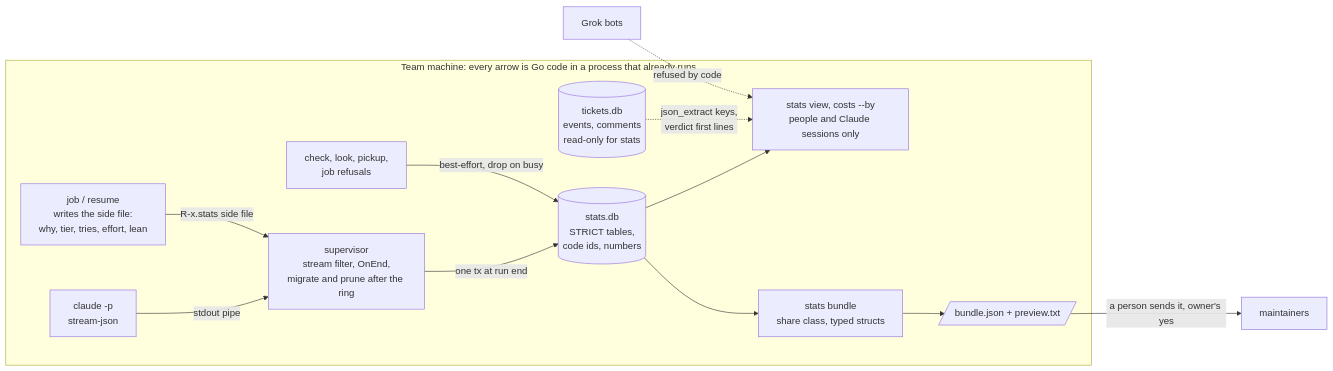
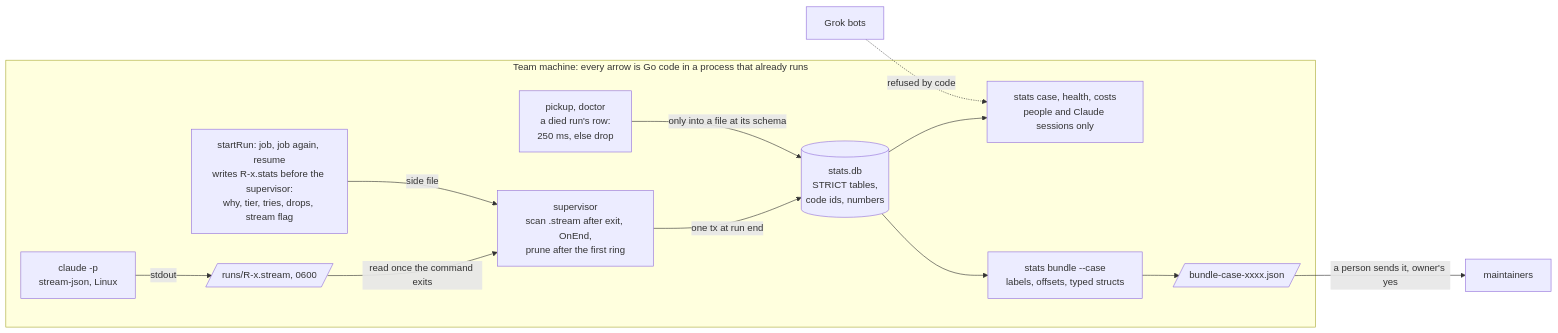
Before and after one commit to ProlesDei/maestro: the first of 11 diagrams in docs/design/data-collection.md, drawn with Mermaid. The commit also changed other lines of this file and 3 other files, not shown here.

````diff
--- a/docs/design/data-collection.md
+++ b/docs/design/data-collection.md
@@ -14,21 +14,21 @@
 ```mermaid
 flowchart LR
   subgraph box["Team machine: every arrow is Go code in a process that already runs"]
-    JOB["job / resume<br/>writes the side file:<br/>why, tier, tries, effort, lean"]
-    SUP["supervisor<br/>stream filter, OnEnd,<br/>migrate and prune after the ring"]
-    CC["claude -p<br/>stream-json"]
-    CMD["check, look, pickup,<br/>job refusals"]
-    TDB[("tickets.db<br/>events, comments<br/>read-only for stats")]
+    JOB["startRun: job, job again, resume<br/>writes R-x.stats before the supervisor:<br/>why, tier, tries, drops, stream flag"]
+    CC["claude -p<br/>stream-json, Linux"]
+    STREAM[/"runs/R-x.stream, 0600"/]
+    SUP["supervisor<br/>scan .stream after exit, OnEnd,<br/>prune after the first ring"]
+    ORPH["pickup, doctor<br/>a died run's row:<br/>250 ms, else drop"]
     SDB[("stats.db<br/>STRICT tables,<br/>code ids, numbers")]
-    CC -- "stdout pipe" --> SUP
-    JOB -- "R-x.stats side file" --> SUP
+    CC -- "stdout" --> STREAM
+    STREAM -- "read once the command exits" --> SUP
+    JOB -- "side file" --> SUP
     SUP -- "one tx at run end" --> SDB
-    CMD -- "best-effort, drop on busy" --> SDB
-    SDB --> VIEW["stats view, costs --by<br/>people and Claude sessions only"]
-    TDB -. "json_extract keys,<br/>verdict first lines" .-> VIEW
-    SDB --> BUN["stats bundle<br/>share class, typed structs"]
-    BUN --> FILE[/"bundle.json + preview.txt"/]
+    ORPH -- "only into a file at its schema" --> SDB
+    SDB --> VIEW["stats case, health, costs<br/>people and Claude sessions only"]
+    SDB --> BUN["stats bundle --case<br/>labels, offsets, typed structs"]
+    BUN --> FILE[/"bundle-case-xxxx.json"/]
   end
   FILE -- "a person sends it, owner's yes" --> MAINT["maintainers"]
   GROK["Grok bots"] -. "refused by code" .-> VIEW
 ```
````
